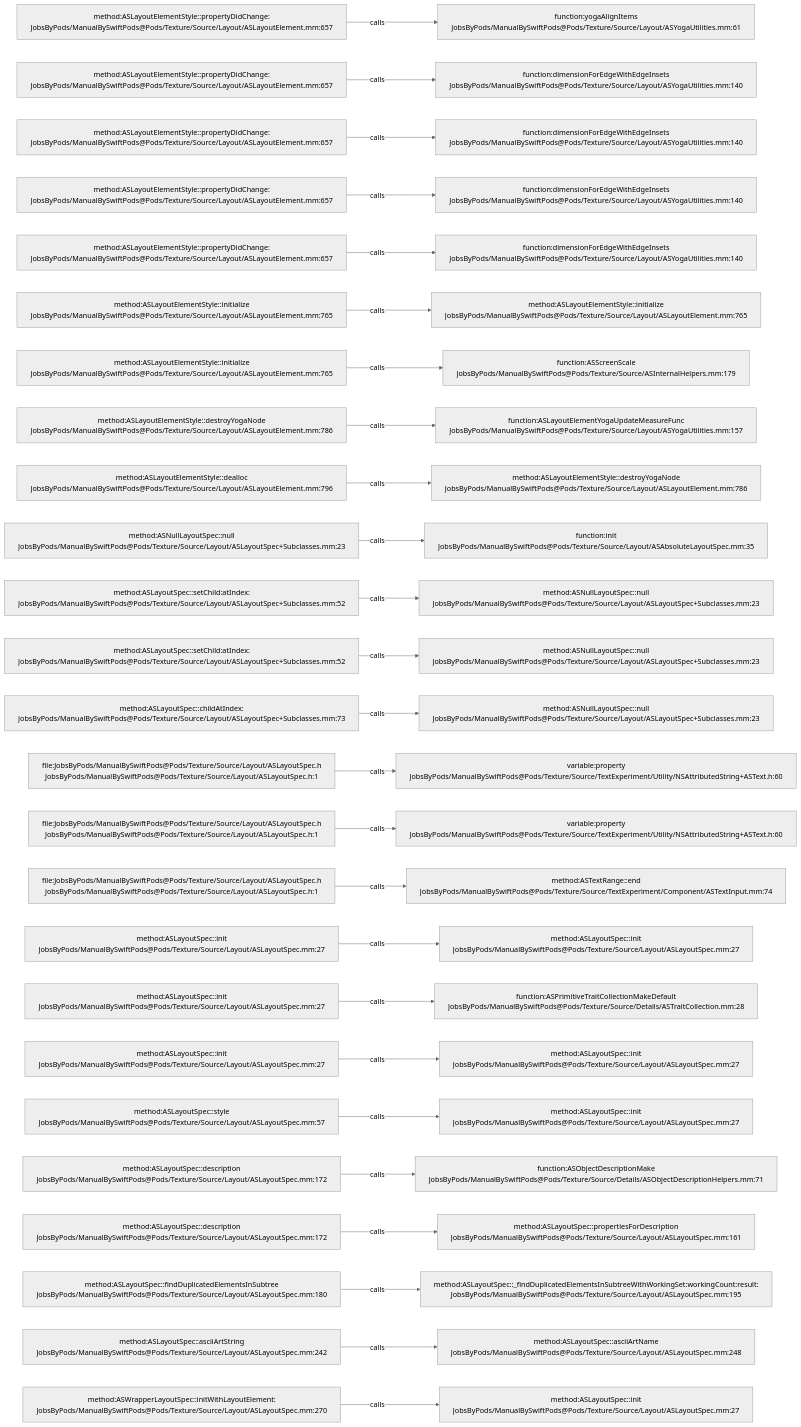
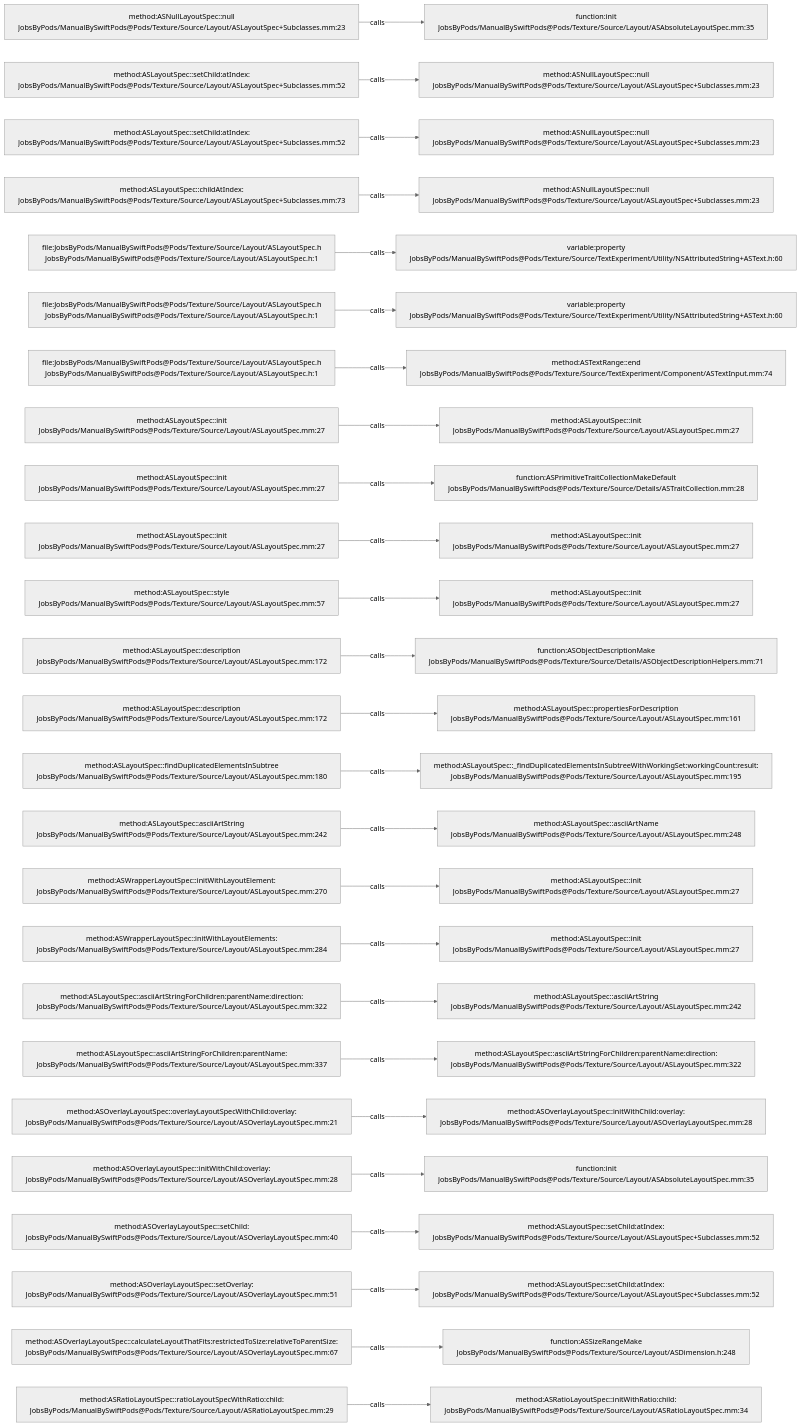
One commit to JobsKits/JobsSwiftBaseConfigDemo changed the diagram in .codegraph/codegraph.md/graphs/calls-111.md. Above: the diagram before and after it, drawn with Mermaid (neutral theme). The commit also changed 707 other files, not shown here.

````diff
--- a/.codegraph/codegraph.md/graphs/calls-111.md
+++ b/.codegraph/codegraph.md/graphs/calls-111.md
@@ -13,78 +13,78 @@
 ```mermaid
 flowchart LR
-  S1["method:ASLayoutElementStyle::propertyDidChange:<br/>JobsByPods/ManualBySwiftPods@Pods/Texture/Source/Layout/ASLayoutElement.mm:657"]
-  T1["function:yogaAlignItems<br/>JobsByPods/ManualBySwiftPods@Pods/Texture/Source/Layout/ASYogaUtilities.mm:61"]
+  S1["method:ASNullLayoutSpec::null<br/>JobsByPods/ManualBySwiftPods@Pods/Texture/Source/Layout/ASLayoutSpec+Subclasses.mm:23"]
+  T1["function:init<br/>JobsByPods/ManualBySwiftPods@Pods/Texture/Source/Layout/ASAbsoluteLayoutSpec.mm:35"]
   S1 -->|calls| T1
-  S2["method:ASLayoutElementStyle::propertyDidChange:<br/>JobsByPods/ManualBySwiftPods@Pods/Texture/Source/Layout/ASLayoutElement.mm:657"]
-  T2["function:dimensionForEdgeWithEdgeInsets<br/>JobsByPods/ManualBySwiftPods@Pods/Texture/Source/Layout/ASYogaUtilities.mm:140"]
+  S2["method:ASLayoutSpec::setChild:atIndex:<br/>JobsByPods/ManualBySwiftPods@Pods/Texture/Source/Layout/ASLayoutSpec+Subclasses.mm:52"]
+  T2["method:ASNullLayoutSpec::null<br/>JobsByPods/ManualBySwiftPods@Pods/Texture/Source/Layout/ASLayoutSpec+Subclasses.mm:23"]
   S2 -->|calls| T2
-  S3["method:ASLayoutElementStyle::propertyDidChange:<br/>JobsByPods/ManualBySwiftPods@Pods/Texture/Source/Layout/ASLayoutElement.mm:657"]
-  T3["function:dimensionForEdgeWithEdgeInsets<br/>JobsByPods/ManualBySwiftPods@Pods/Texture/Source/Layout/ASYogaUtilities.mm:140"]
+  S3["method:ASLayoutSpec::setChild:atIndex:<br/>JobsByPods/ManualBySwiftPods@Pods/Texture/Source/Layout/ASLayoutSpec+Subclasses.mm:52"]
+  T3["method:ASNullLayoutSpec::null<br/>JobsByPods/ManualBySwiftPods@Pods/Texture/Source/Layout/ASLayoutSpec+Subclasses.mm:23"]
   S3 -->|calls| T3
-  S4["method:ASLayoutElementStyle::propertyDidChange:<br/>JobsByPods/ManualBySwiftPods@Pods/Texture/Source/Layout/ASLayoutElement.mm:657"]
-  T4["function:dimensionForEdgeWithEdgeInsets<br/>JobsByPods/ManualBySwiftPods@Pods/Texture/Source/Layout/ASYogaUtilities.mm:140"]
+  S4["method:ASLayoutSpec::childAtIndex:<br/>JobsByPods/ManualBySwiftPods@Pods/Texture/Source/Layout/ASLayoutSpec+Subclasses.mm:73"]
+  T4["method:ASNullLayoutSpec::null<br/>JobsByPods/ManualBySwiftPods@Pods/Texture/Source/Layout/ASLayoutSpec+Subclasses.mm:23"]
   S4 -->|calls| T4
-  S5["method:ASLayoutElementStyle::propertyDidChange:<br/>JobsByPods/ManualBySwiftPods@Pods/Texture/Source/Layout/ASLayoutElement.mm:657"]
-  T5["function:dimensionForEdgeWithEdgeInsets<br/>JobsByPods/ManualBySwiftPods@Pods/Texture/Source/Layout/ASYogaUtilities.mm:140"]
+  S5["file:JobsByPods/ManualBySwiftPods@Pods/Texture/Source/Layout/ASLayoutSpec.h<br/>JobsByPods/ManualBySwiftPods@Pods/Texture/Source/Layout/ASLayoutSpec.h:1"]
+  T5["variable:property<br/>JobsByPods/ManualBySwiftPods@Pods/Texture/Source/TextExperiment/Utility/NSAttributedString+ASText.h:60"]
   S5 -->|calls| T5
-  S6["method:ASLayoutElementStyle::initialize<br/>JobsByPods/ManualBySwiftPods@Pods/Texture/Source/Layout/ASLayoutElement.mm:765"]
-  T6["method:ASLayoutElementStyle::initialize<br/>JobsByPods/ManualBySwiftPods@Pods/Texture/Source/Layout/ASLayoutElement.mm:765"]
+  S6["file:JobsByPods/ManualBySwiftPods@Pods/Texture/Source/Layout/ASLayoutSpec.h<br/>JobsByPods/ManualBySwiftPods@Pods/Texture/Source/Layout/ASLayoutSpec.h:1"]
+  T6["variable:property<br/>JobsByPods/ManualBySwiftPods@Pods/Texture/Source/TextExperiment/Utility/NSAttributedString+ASText.h:60"]
   S6 -->|calls| T6
-  S7["method:ASLayoutElementStyle::initialize<br/>JobsByPods/ManualBySwiftPods@Pods/Texture/Source/Layout/ASLayoutElement.mm:765"]
-  T7["function:ASScreenScale<br/>JobsByPods/ManualBySwiftPods@Pods/Texture/Source/ASInternalHelpers.mm:179"]
+  S7["file:JobsByPods/ManualBySwiftPods@Pods/Texture/Source/Layout/ASLayoutSpec.h<br/>JobsByPods/ManualBySwiftPods@Pods/Texture/Source/Layout/ASLayoutSpec.h:1"]
+  T7["method:ASTextRange::end<br/>JobsByPods/ManualBySwiftPods@Pods/Texture/Source/TextExperiment/Component/ASTextInput.mm:74"]
   S7 -->|calls| T7
-  S8["method:ASLayoutElementStyle::destroyYogaNode<br/>JobsByPods/ManualBySwiftPods@Pods/Texture/Source/Layout/ASLayoutElement.mm:786"]
-  T8["function:ASLayoutElementYogaUpdateMeasureFunc<br/>JobsByPods/ManualBySwiftPods@Pods/Texture/Source/Layout/ASYogaUtilities.mm:157"]
+  S8["method:ASLayoutSpec::init<br/>JobsByPods/ManualBySwiftPods@Pods/Texture/Source/Layout/ASLayoutSpec.mm:27"]
+  T8["method:ASLayoutSpec::init<br/>JobsByPods/ManualBySwiftPods@Pods/Texture/Source/Layout/ASLayoutSpec.mm:27"]
   S8 -->|calls| T8
-  S9["method:ASLayoutElementStyle::dealloc<br/>JobsByPods/ManualBySwiftPods@Pods/Texture/Source/Layout/ASLayoutElement.mm:796"]
-  T9["method:ASLayoutElementStyle::destroyYogaNode<br/>JobsByPods/ManualBySwiftPods@Pods/Texture/Source/Layout/ASLayoutElement.mm:786"]
+  S9["method:ASLayoutSpec::init<br/>JobsByPods/ManualBySwiftPods@Pods/Texture/Source/Layout/ASLayoutSpec.mm:27"]
+  T9["function:ASPrimitiveTraitCollectionMakeDefault<br/>JobsByPods/ManualBySwiftPods@Pods/Texture/Source/Details/ASTraitCollection.mm:28"]
   S9 -->|calls| T9
-  S10["method:ASNullLayoutSpec::null<br/>JobsByPods/ManualBySwiftPods@Pods/Texture/Source/Layout/ASLayoutSpec+Subclasses.mm:23"]
-  T10["function:init<br/>JobsByPods/ManualBySwiftPods@Pods/Texture/Source/Layout/ASAbsoluteLayoutSpec.mm:35"]
+  S10["method:ASLayoutSpec::init<br/>JobsByPods/ManualBySwiftPods@Pods/Texture/Source/Layout/ASLayoutSpec.mm:27"]
+  T10["method:ASLayoutSpec::init<br/>JobsByPods/ManualBySwiftPods@Pods/Texture/Source/Layout/ASLayoutSpec.mm:27"]
   S10 -->|calls| T10
-  S11["method:ASLayoutSpec::setChild:atIndex:<br/>JobsByPods/ManualBySwiftPods@Pods/Texture/Source/Layout/ASLayoutSpec+Subclasses.mm:52"]
-  T11["method:ASNullLayoutSpec::null<br/>JobsByPods/ManualBySwiftPods@Pods/Texture/Source/Layout/ASLayoutSpec+Subclasses.mm:23"]
+  S11["method:ASLayoutSpec::style<br/>JobsByPods/ManualBySwiftPods@Pods/Texture/Source/Layout/ASLayoutSpec.mm:57"]
+  T11["method:ASLayoutSpec::init<br/>JobsByPods/ManualBySwiftPods@Pods/Texture/Source/Layout/ASLayoutSpec.mm:27"]
   S11 -->|calls| T11
-  S12["method:ASLayoutSpec::setChild:atIndex:<br/>JobsByPods/ManualBySwiftPods@Pods/Texture/Source/Layout/ASLayoutSpec+Subclasses.mm:52"]
-  T12["method:ASNullLayoutSpec::null<br/>JobsByPods/ManualBySwiftPods@Pods/Texture/Source/Layout/ASLayoutSpec+Subclasses.mm:23"]
+  S12["method:ASLayoutSpec::description<br/>JobsByPods/ManualBySwiftPods@Pods/Texture/Source/Layout/ASLayoutSpec.mm:172"]
+  T12["function:ASObjectDescriptionMake<br/>JobsByPods/ManualBySwiftPods@Pods/Texture/Source/Details/ASObjectDescriptionHelpers.mm:71"]
   S12 -->|calls| T12
-  S13["method:ASLayoutSpec::childAtIndex:<br/>JobsByPods/ManualBySwiftPods@Pods/Texture/Source/Layout/ASLayoutSpec+Subclasses.mm:73"]
-  T13["method:ASNullLayoutSpec::null<br/>JobsByPods/ManualBySwiftPods@Pods/Texture/Source/Layout/ASLayoutSpec+Subclasses.mm:23"]
+  S13["method:ASLayoutSpec::description<br/>JobsByPods/ManualBySwiftPods@Pods/Texture/Source/Layout/ASLayoutSpec.mm:172"]
+  T13["method:ASLayoutSpec::propertiesForDescription<br/>JobsByPods/ManualBySwiftPods@Pods/Texture/Source/Layout/ASLayoutSpec.mm:161"]
   S13 -->|calls| T13
-  S14["file:JobsByPods/ManualBySwiftPods@Pods/Texture/Source/Layout/ASLayoutSpec.h<br/>JobsByPods/ManualBySwiftPods@Pods/Texture/Source/Layout/ASLayoutSpec.h:1"]
-  T14["variable:property<br/>JobsByPods/ManualBySwiftPods@Pods/Texture/Source/TextExperiment/Utility/NSAttributedString+ASText.h:60"]
+  S14["method:ASLayoutSpec::findDuplicatedElementsInSubtree<br/>JobsByPods/ManualBySwiftPods@Pods/Texture/Source/Layout/ASLayoutSpec.mm:180"]
+  T14["method:ASLayoutSpec::_findDuplicatedElementsInSubtreeWithWorkingSet:workingCount:result:<br/>JobsByPods/ManualBySwiftPods@Pods/Texture/Source/Layout/ASLayoutSpec.mm:195"]
   S14 -->|calls| T14
-  S15["file:JobsByPods/ManualBySwiftPods@Pods/Texture/Source/Layout/ASLayoutSpec.h<br/>JobsByPods/ManualBySwiftPods@Pods/Texture/Source/Layout/ASLayoutSpec.h:1"]
-  T15["variable:property<br/>JobsByPods/ManualBySwiftPods@Pods/Texture/Source/TextExperiment/Utility/NSAttributedString+ASText.h:60"]
+  S15["method:ASLayoutSpec::asciiArtString<br/>JobsByPods/ManualBySwiftPods@Pods/Texture/Source/Layout/ASLayoutSpec.mm:242"]
+  T15["method:ASLayoutSpec::asciiArtName<br/>JobsByPods/ManualBySwiftPods@Pods/Texture/Source/Layout/ASLayoutSpec.mm:248"]
   S15 -->|calls| T15
-  S16["file:JobsByPods/ManualBySwiftPods@Pods/Texture/Source/Layout/ASLayoutSpec.h<br/>JobsByPods/ManualBySwiftPods@Pods/Texture/Source/Layout/ASLayoutSpec.h:1"]
-  T16["method:ASTextRange::end<br/>JobsByPods/ManualBySwiftPods@Pods/Texture/Source/TextExperiment/Component/ASTextInput.mm:74"]
+  S16["method:ASWrapperLayoutSpec::initWithLayoutElement:<br/>JobsByPods/ManualBySwiftPods@Pods/Texture/Source/Layout/ASLayoutSpec.mm:270"]
+  T16["method:ASLayoutSpec::init<br/>JobsByPods/ManualBySwiftPods@Pods/Texture/Source/Layout/ASLayoutSpec.mm:27"]
   S16 -->|calls| T16
-  S17["method:ASLayoutSpec::init<br/>JobsByPods/ManualBySwiftPods@Pods/Texture/Source/Layout/ASLayoutSpec.mm:27"]
+  S17["method:ASWrapperLayoutSpec::initWithLayoutElements:<br/>JobsByPods/ManualBySwiftPods@Pods/Texture/Source/Layout/ASLayoutSpec.mm:284"]
   T17["method:ASLayoutSpec::init<br/>JobsByPods/ManualBySwiftPods@Pods/Texture/Source/Layout/ASLayoutSpec.mm:27"]
   S17 -->|calls| T17
-  S18["method:ASLayoutSpec::init<br/>JobsByPods/ManualBySwiftPods@Pods/Texture/Source/Layout/ASLayoutSpec.mm:27"]
-  T18["function:ASPrimitiveTraitCollectionMakeDefault<br/>JobsByPods/ManualBySwiftPods@Pods/Texture/Source/Details/ASTraitCollection.mm:28"]
+  S18["method:ASLayoutSpec::asciiArtStringForChildren:parentName:direction:<br/>JobsByPods/ManualBySwiftPods@Pods/Texture/Source/Layout/ASLayoutSpec.mm:322"]
+  T18["method:ASLayoutSpec::asciiArtString<br/>JobsByPods/ManualBySwiftPods@Pods/Texture/Source/Layout/ASLayoutSpec.mm:242"]
   S18 -->|calls| T18
-  S19["method:ASLayoutSpec::init<br/>JobsByPods/ManualBySwiftPods@Pods/Texture/Source/Layout/ASLayoutSpec.mm:27"]
-  T19["method:ASLayoutSpec::init<br/>JobsByPods/ManualBySwiftPods@Pods/Texture/Source/Layout/ASLayoutSpec.mm:27"]
+  S19["method:ASLayoutSpec::asciiArtStringForChildren:parentName:<br/>JobsByPods/ManualBySwiftPods@Pods/Texture/Source/Layout/ASLayoutSpec.mm:337"]
+  T19["method:ASLayoutSpec::asciiArtStringForChildren:parentName:direction:<br/>JobsByPods/ManualBySwiftPods@Pods/Texture/Source/Layout/ASLayoutSpec.mm:322"]
   S19 -->|calls| T19
-  S20["method:ASLayoutSpec::style<br/>JobsByPods/ManualBySwiftPods@Pods/Texture/Source/Layout/ASLayoutSpec.mm:57"]
-  T20["method:ASLayoutSpec::init<br/>JobsByPods/ManualBySwiftPods@Pods/Texture/Source/Layout/ASLayoutSpec.mm:27"]
+  S20["method:ASOverlayLayoutSpec::overlayLayoutSpecWithChild:overlay:<br/>JobsByPods/ManualBySwiftPods@Pods/Texture/Source/Layout/ASOverlayLayoutSpec.mm:21"]
+  T20["method:ASOverlayLayoutSpec::initWithChild:overlay:<br/>JobsByPods/ManualBySwiftPods@Pods/Texture/Source/Layout/ASOverlayLayoutSpec.mm:28"]
   S20 -->|calls| T20
-  S21["method:ASLayoutSpec::description<br/>JobsByPods/ManualBySwiftPods@Pods/Texture/Source/Layout/ASLayoutSpec.mm:172"]
-  T21["function:ASObjectDescriptionMake<br/>JobsByPods/ManualBySwiftPods@Pods/Texture/Source/Details/ASObjectDescriptionHelpers.mm:71"]
+  S21["method:ASOverlayLayoutSpec::initWithChild:overlay:<br/>JobsByPods/ManualBySwiftPods@Pods/Texture/Source/Layout/ASOverlayLayoutSpec.mm:28"]
+  T21["function:init<br/>JobsByPods/ManualBySwiftPods@Pods/Texture/Source/Layout/ASAbsoluteLayoutSpec.mm:35"]
   S21 -->|calls| T21
-  S22["method:ASLayoutSpec::description<br/>JobsByPods/ManualBySwiftPods@Pods/Texture/Source/Layout/ASLayoutSpec.mm:172"]
-  T22["method:ASLayoutSpec::propertiesForDescription<br/>JobsByPods/ManualBySwiftPods@Pods/Texture/Source/Layout/ASLayoutSpec.mm:161"]
+  S22["method:ASOverlayLayoutSpec::setChild:<br/>JobsByPods/ManualBySwiftPods@Pods/Texture/Source/Layout/ASOverlayLayoutSpec.mm:40"]
+  T22["method:ASLayoutSpec::setChild:atIndex:<br/>JobsByPods/ManualBySwiftPods@Pods/Texture/Source/Layout/ASLayoutSpec+Subclasses.mm:52"]
   S22 -->|calls| T22
-  S23["method:ASLayoutSpec::findDuplicatedElementsInSubtree<br/>JobsByPods/ManualBySwiftPods@Pods/Texture/Source/Layout/ASLayoutSpec.mm:180"]
-  T23["method:ASLayoutSpec::_findDuplicatedElementsInSubtreeWithWorkingSet:workingCount:result:<br/>JobsByPods/ManualBySwiftPods@Pods/Texture/Source/Layout/ASLayoutSpec.mm:195"]
+  S23["method:ASOverlayLayoutSpec::setOverlay:<br/>JobsByPods/ManualBySwiftPods@Pods/Texture/Source/Layout/ASOverlayLayoutSpec.mm:51"]
+  T23["method:ASLayoutSpec::setChild:atIndex:<br/>JobsByPods/ManualBySwiftPods@Pods/Texture/Source/Layout/ASLayoutSpec+Subclasses.mm:52"]
   S23 -->|calls| T23
-  S24["method:ASLayoutSpec::asciiArtString<br/>JobsByPods/ManualBySwiftPods@Pods/Texture/Source/Layout/ASLayoutSpec.mm:242"]
-  T24["method:ASLayoutSpec::asciiArtName<br/>JobsByPods/ManualBySwiftPods@Pods/Texture/Source/Layout/ASLayoutSpec.mm:248"]
+  S24["method:ASOverlayLayoutSpec::calculateLayoutThatFits:restrictedToSize:relativeToParentSize:<br/>JobsByPods/ManualBySwiftPods@Pods/Texture/Source/Layout/ASOverlayLayoutSpec.mm:67"]
+  T24["function:ASSizeRangeMake<br/>JobsByPods/ManualBySwiftPods@Pods/Texture/Source/Layout/ASDimension.h:248"]
   S24 -->|calls| T24
-  S25["method:ASWrapperLayoutSpec::initWithLayoutElement:<br/>JobsByPods/ManualBySwiftPods@Pods/Texture/Source/Layout/ASLayoutSpec.mm:270"]
-  T25["method:ASLayoutSpec::init<br/>JobsByPods/ManualBySwiftPods@Pods/Texture/Source/Layout/ASLayoutSpec.mm:27"]
+  S25["method:ASRatioLayoutSpec::ratioLayoutSpecWithRatio:child:<br/>JobsByPods/ManualBySwiftPods@Pods/Texture/Source/Layout/ASRatioLayoutSpec.mm:29"]
+  T25["method:ASRatioLayoutSpec::initWithRatio:child:<br/>JobsByPods/ManualBySwiftPods@Pods/Texture/Source/Layout/ASRatioLayoutSpec.mm:34"]
   S25 -->|calls| T25
 ```
````
